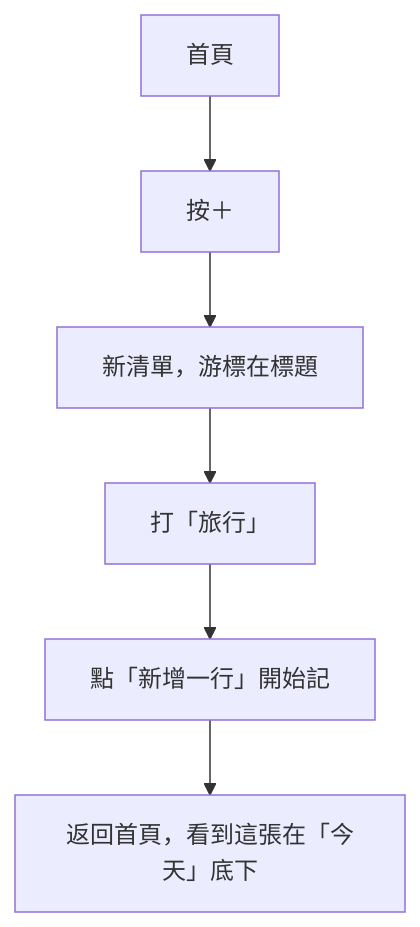
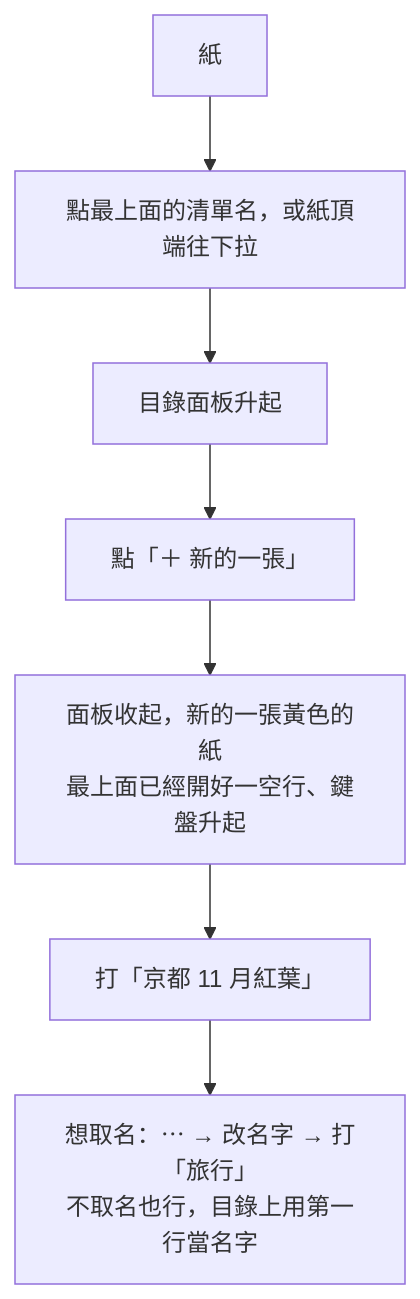
The second of 7 diagrams in .uiux/02-流程-暫定.md (domyweb666/qieji-app), drawn with Mermaid before and after one commit. The commit also changed other lines of this file and 9 other files, not shown here.

````diff
--- a/.uiux/02-流程-暫定.md
+++ b/.uiux/02-流程-暫定.md
@@ -60,8 +57,9 @@
 ```mermaid
 flowchart TD
-  A[首頁] --> B[按＋]
-  B --> C[新清單，游標在標題]
-  C --> D[打「旅行」]
-  D --> E[點「新增一行」開始記]
-  E --> F[返回首頁，看到這張在「今天」底下]
+  A[紙] --> B[點最上面的清單名，或紙頂端往下拉]
+  B --> C[目錄面板升起]
+  C --> D[點「＋ 新的一張」]
+  D --> E[面板收起，新的一張黃色的紙<br>最上面已經開好一空行、鍵盤升起]
+  E --> F[打「京都 11 月紅葉」]
+  F --> G[想取名：⋯ → 改名字 → 打「旅行」<br>不取名也行，目錄上用第一行當名字]
 ```
````
